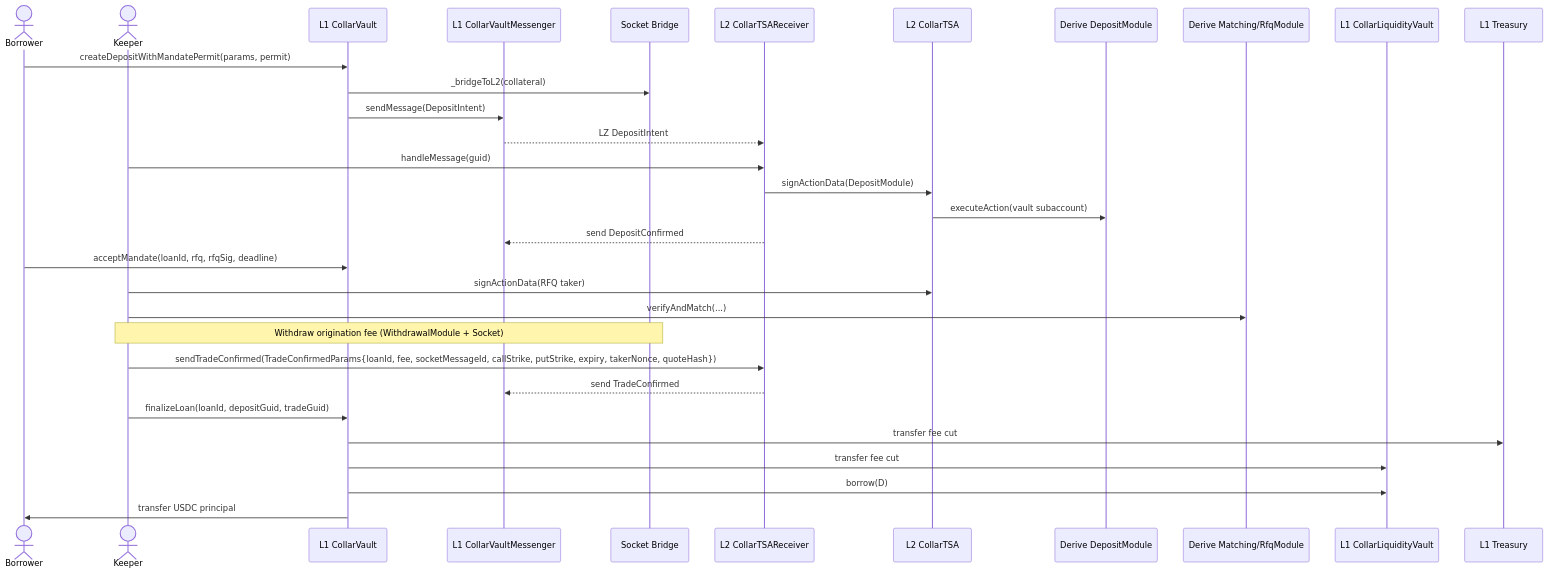
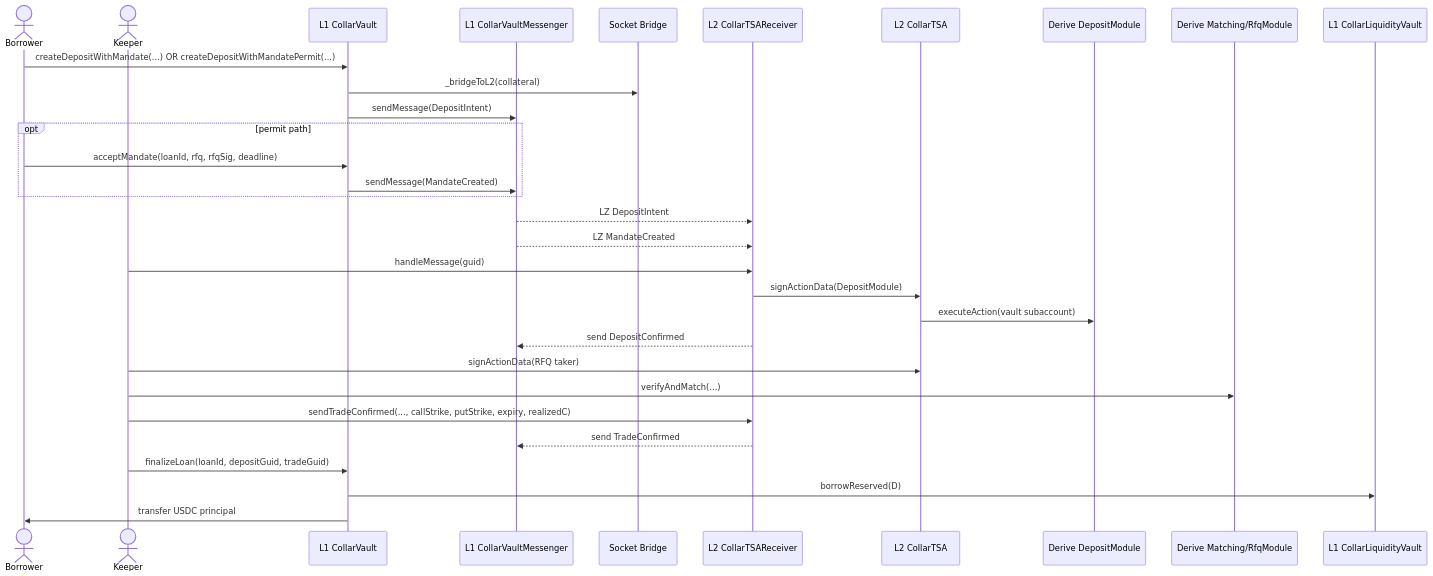
Before and after one commit to CollarFi/contracts: the first of 5 diagrams in docs/SPEC.md, drawn with Mermaid. The commit also changed other lines of this file, not shown here.

First line of the commit message:
docs(spec): clarify mandate/RFQ flow for async deposits

````diff
--- a/docs/SPEC.md
+++ b/docs/SPEC.md
@@ -149,34 +162,34 @@
 ```mermaid
 sequenceDiagram
   actor Borrower
   actor Keeper
   participant Vault as L1 CollarVault
   participant LZ as L1 CollarVaultMessenger
   participant Socket as Socket Bridge
   participant L2Recv as L2 CollarTSAReceiver
   participant TSA as L2 CollarTSA
   participant Deposit as Derive DepositModule
   participant Match as Derive Matching/RfqModule
   participant Liquidity as L1 CollarLiquidityVault
-  participant Treasury as L1 Treasury
 
-  Borrower->>Vault: createDepositWithMandatePermit(params, permit)
+  Borrower->>Vault: createDepositWithMandate(...) OR createDepositWithMandatePermit(...)
   Vault->>Socket: _bridgeToL2(collateral)
   Vault->>LZ: sendMessage(DepositIntent)
+  opt permit path
+    Borrower->>Vault: acceptMandate(loanId, rfq, rfqSig, deadline)
+    Vault->>LZ: sendMessage(MandateCreated)
+  end
   LZ-->>L2Recv: LZ DepositIntent
+  LZ-->>L2Recv: LZ MandateCreated
   Keeper->>L2Recv: handleMessage(guid)
   L2Recv->>TSA: signActionData(DepositModule)
   TSA->>Deposit: executeAction(vault subaccount)
   L2Recv-->>LZ: send DepositConfirmed
-  Borrower->>Vault: acceptMandate(loanId, rfq, rfqSig, deadline)
   Keeper->>TSA: signActionData(RFQ taker)
   Keeper->>Match: verifyAndMatch(...)
-  Note over Keeper,Socket: Withdraw origination fee (WithdrawalModule + Socket)
-  Keeper->>L2Recv: sendTradeConfirmed(TradeConfirmedParams{loanId, fee, socketMessageId, callStrike, putStrike, expiry, takerNonce, quoteHash})
+  Keeper->>L2Recv: sendTradeConfirmed(..., callStrike, putStrike, expiry, realizedC)
   L2Recv-->>LZ: send TradeConfirmed
   Keeper->>Vault: finalizeLoan(loanId, depositGuid, tradeGuid)
-  Vault->>Treasury: transfer fee cut
-  Vault->>Liquidity: transfer fee cut
-  Vault->>Liquidity: borrow(D)
+  Vault->>Liquidity: borrowReserved(D)
   Vault->>Borrower: transfer USDC principal
 ```
````
